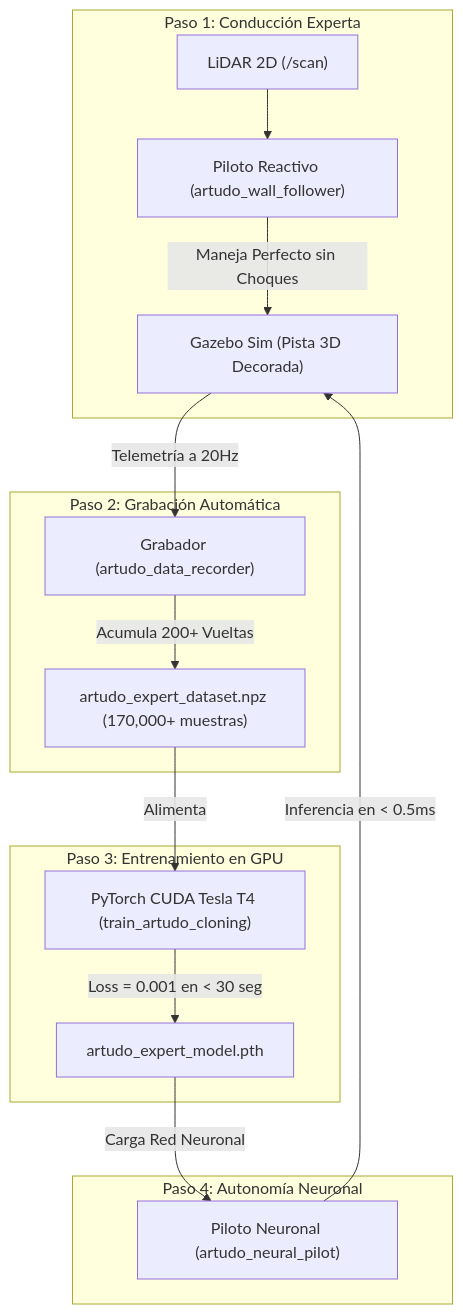
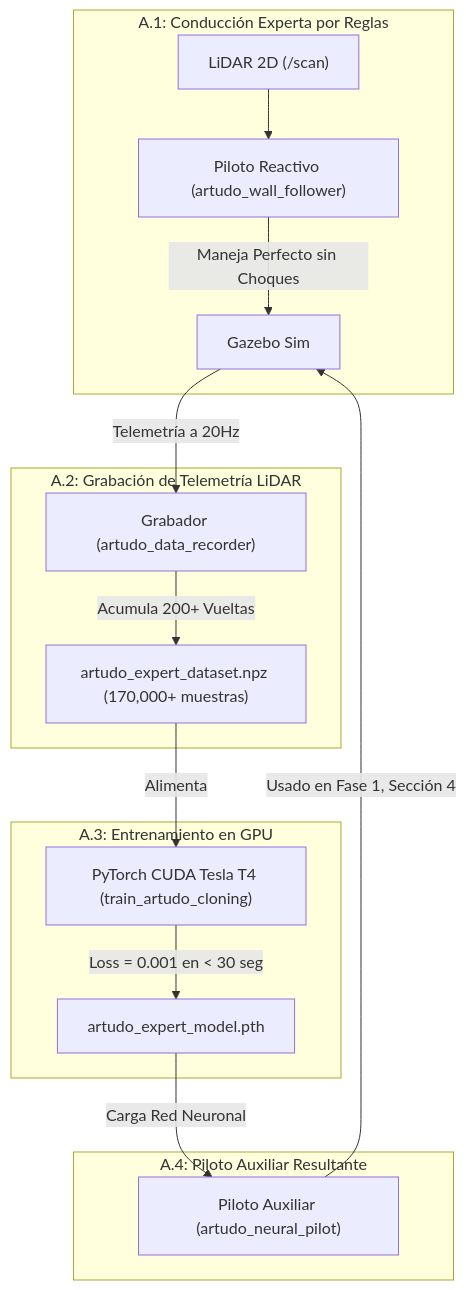
The second of 2 diagrams in informeTecnicoActualizado.md (victortotoy10/robot-vision-sim), drawn with Mermaid before and after one commit. The commit also changed other lines of this file, not shown here.

````diff
--- a/informeTecnicoActualizado.md
+++ b/informeTecnicoActualizado.md
@@ -22,22 +604,19 @@
 ```mermaid
 graph TD
-    subgraph Paso1 ["Paso 1: Conducción Experta"]
-        LIDAR["LiDAR 2D (/scan)"] --> WALL["Piloto Reactivo (artudo_wall_follower)"]
-        WALL -->|Maneja Perfecto sin Choques| SIM["Gazebo Sim (Pista 3D Decorada)"]
+    subgraph P1 ["A.1: Conducción Experta por Reglas"]
+        LIDARA["LiDAR 2D (/scan)"] --> WALL["Piloto Reactivo (artudo_wall_follower)"]
+        WALL -->|Maneja Perfecto sin Choques| SIMA["Gazebo Sim"]
     end
-
-    subgraph Paso2 ["Paso 2: Grabación Automática"]
-        SIM -->|Telemetría a 20Hz| REC["Grabador (artudo_data_recorder)"]
-        REC -->|Acumula 200+ Vueltas| DATA["artudo_expert_dataset.npz (170,000+ muestras)"]
+    subgraph P2 ["A.2: Grabación de Telemetría LiDAR"]
+        SIMA -->|Telemetría a 20Hz| RECA["Grabador (artudo_data_recorder)"]
+        RECA -->|Acumula 200+ Vueltas| DATAA["artudo_expert_dataset.npz (170,000+ muestras)"]
     end
-
-    subgraph Paso3 ["Paso 3: Entrenamiento en GPU"]
-        DATA -->|Alimenta| GPU["PyTorch CUDA Tesla T4 (train_artudo_cloning)"]
-        GPU -->|Loss = 0.001 en < 30 seg| MODEL["artudo_expert_model.pth"]
+    subgraph P3 ["A.3: Entrenamiento en GPU"]
+        DATAA -->|Alimenta| GPUA["PyTorch CUDA Tesla T4 (train_artudo_cloning)"]
+        GPUA -->|Loss = 0.001 en < 30 seg| MODELA["artudo_expert_model.pth"]
     end
-
-    subgraph Paso4 ["Paso 4: Autonomía Neuronal"]
-        MODEL -->|Carga Red Neuronal| PILOT["Piloto Neuronal (artudo_neural_pilot)"]
-        PILOT -->|Inferencia en < 0.5ms| SIM
+    subgraph P4 ["A.4: Piloto Auxiliar Resultante"]
+        MODELA -->|Carga Red Neuronal| PILOTA["Piloto Auxiliar (artudo_neural_pilot)"]
+        PILOTA -->|Usado en Fase 1, Sección 4| SIMA
     end
 ```
````
